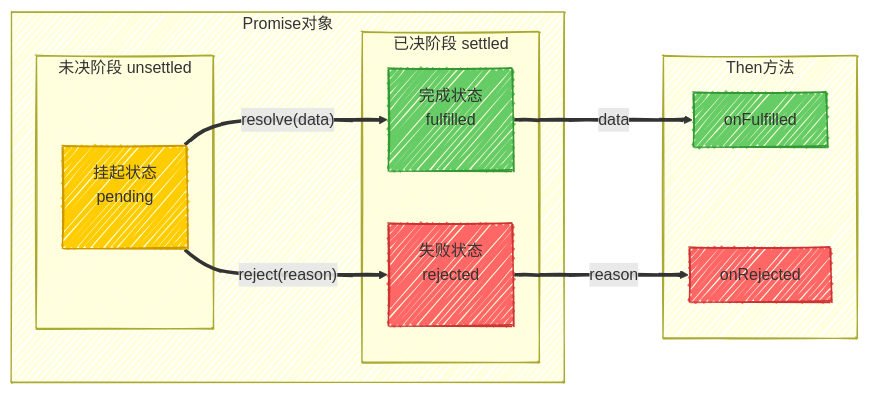
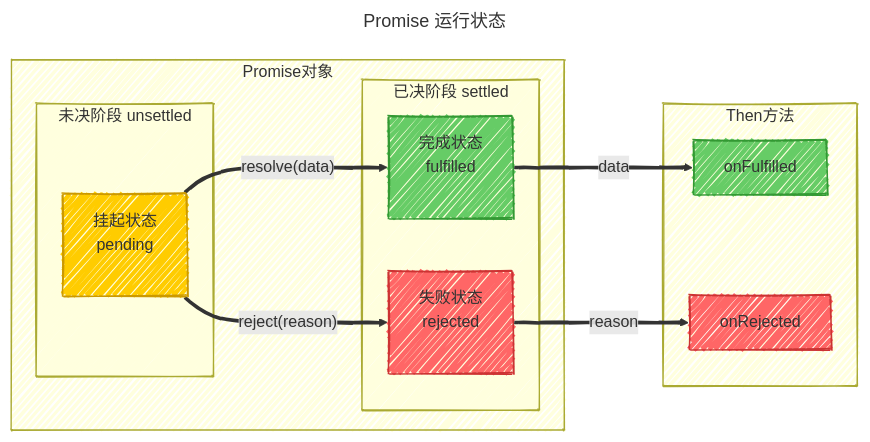
Before and after one commit to duminghong/blog: the first of 2 diagrams in docs/courses/2.Promise/1.什么是Promise.md, drawn with Mermaid. The commit also changed other lines of this file and 1 other file, not shown here.

Commit message:
docs(Promise): 为mermaid图表添加标题

````diff
--- a/docs/courses/2.Promise/1.什么是Promise.md
+++ b/docs/courses/2.Promise/1.什么是Promise.md
@@ -49,44 +49,45 @@
 ```mermaid
 ---
+title: Promise 运行状态
 config:
   look: handDrawn
 ---
 %% 图表主体
 flowchart LR
   %% 定义样式类
   classDef container fill:#f5f5f5,stroke:#ddd,stroke-width:1px;
   classDef pendingNode fill:#ffcc00,color:#333,stroke:#cc9900,stroke-width:1.5px;
   classDef fulfilledNode fill:#66cc66,color:#333,stroke:#339933,stroke-width:1.5px;
   classDef rejectedNode fill:#ff6666,color:#333,stroke:#cc3333,stroke-width:1.5px;
 
   subgraph Promise对象
       style Promise对象 container
 
       subgraph 未决阶段 unsettled
           A["挂起状态<br>pending<br>&nbsp;"]
       end
       
       subgraph 已决阶段 settled
           B["完成状态<br>fulfilled<br>&nbsp;"] 
           C["失败状态<br>rejected<br>&nbsp;"]
       end
       
       %% 状态转换
       A ==>|"resolve(data)"| B
       A ==>|"reject(reason)"| C
   end
   
   %% Then方法部分
   subgraph Then方法
       style Then方法 container
 
       %% 数据流向then方法
       B ==>|data| E["onFulfilled"]
       C ==>|reason| F["onRejected"]
   end
   
   %% 样式应用
   class A pendingNode;
   class B,E fulfilledNode;
   class C,F rejectedNode;
 ```
````
